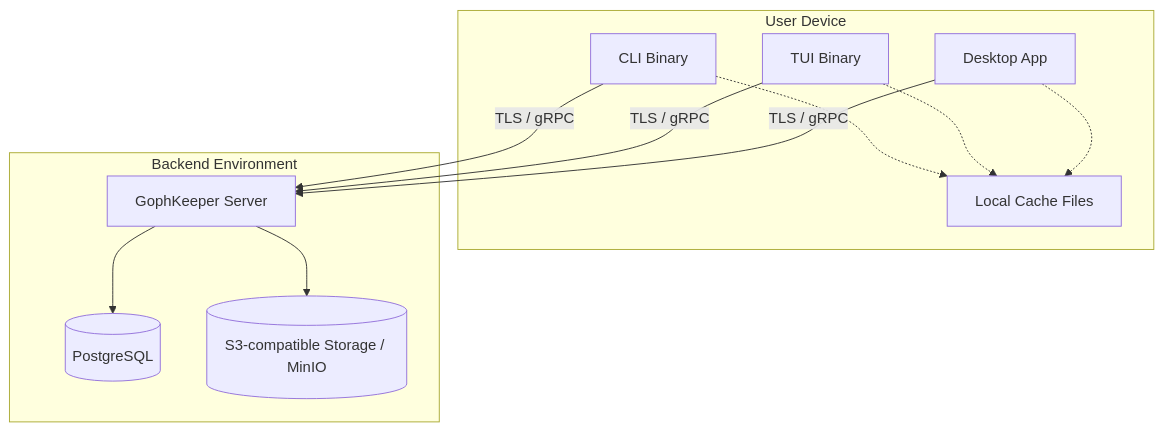
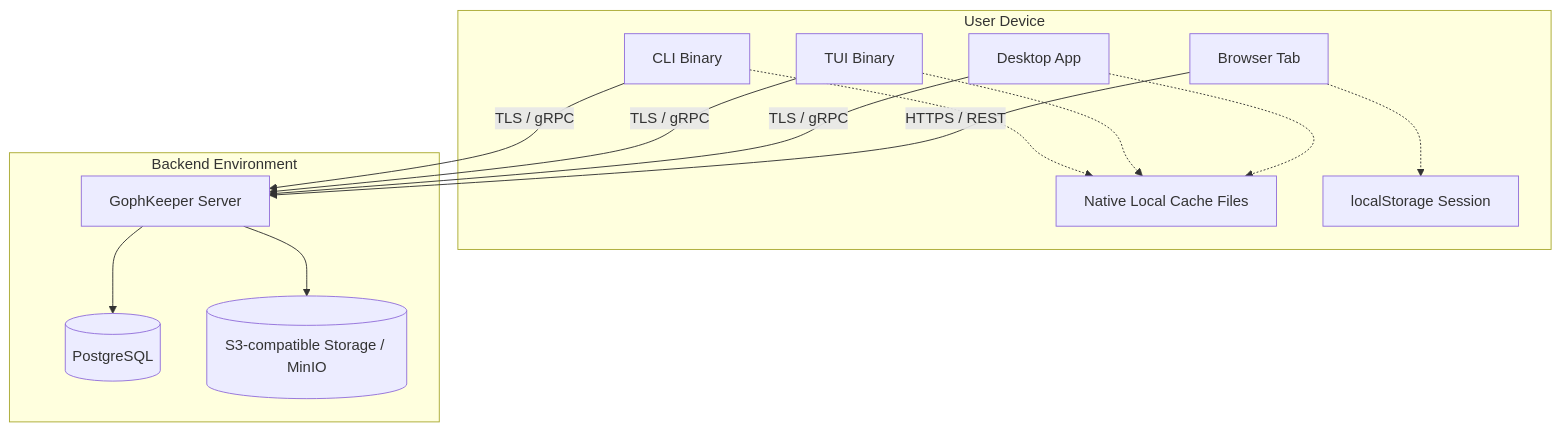
Before and after one commit to hydra13/gophkeeper: the fourth of 5 diagrams in .memory-bank/schemas-high.md, drawn with Mermaid. The commit also changed other lines of this file and 84 other files, not shown here.

````diff
--- a/.memory-bank/schemas-high.md
+++ b/.memory-bank/schemas-high.md
@@ -101,26 +122,30 @@
 ```mermaid
 flowchart TB
     subgraph UserDevice["User Device"]
         CLI["CLI Binary"]
         TUI["TUI Binary"]
         Desktop["Desktop App"]
-        Cache["Local Cache Files"]
+        Web["Browser Tab"]
+        Cache["Native Local Cache Files"]
+        WebSession["localStorage Session"]
     end
 
     subgraph BackendHost["Backend Environment"]
         Server["GophKeeper Server"]
         DB[("PostgreSQL")]
         S3[("S3-compatible Storage / MinIO")]
     end
 
     CLI -.-> Cache
     TUI -.-> Cache
     Desktop -.-> Cache
+    Web -.-> WebSession
 
     CLI -->|"TLS / gRPC"| Server
     TUI -->|"TLS / gRPC"| Server
     Desktop -->|"TLS / gRPC"| Server
+    Web -->|"HTTPS / REST"| Server
 
     Server --> DB
     Server --> S3
 ```
````
